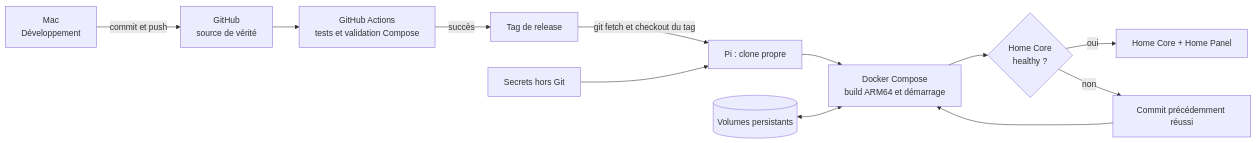
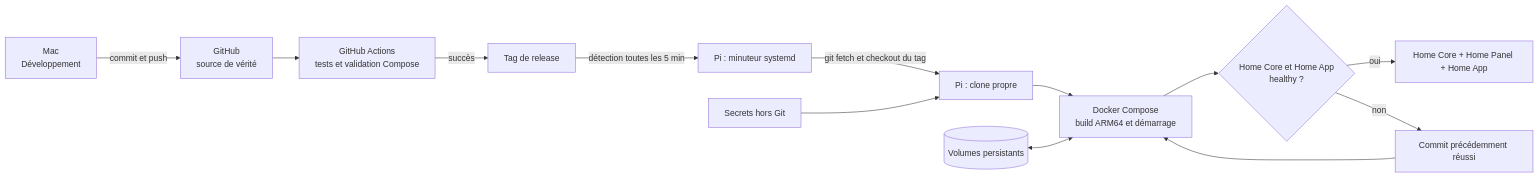
One commit to clementortiz134595/HOME-AI changed the diagram in poles/technique/home-core/diagrammes/deploiement-release-pi.mmd. Above: the diagram before and after it, drawn with Mermaid. The commit also changed 7 other files, not shown here.

```diff
--- a/poles/technique/home-core/diagrammes/deploiement-release-pi.mmd
+++ b/poles/technique/home-core/diagrammes/deploiement-release-pi.mmd
@@ -1,12 +1,13 @@
 flowchart LR
     mac[Mac\nDéveloppement] -->|commit et push| github[GitHub\nsource de vérité]
     github --> ci[GitHub Actions\ntests et validation Compose]
     ci -->|succès| tag[Tag de release]
-    tag -->|git fetch et checkout du tag| pi[Pi : clone propre]
+    tag -->|détection toutes les 5 min| watcher[Pi : minuteur systemd]
+    watcher -->|git fetch et checkout du tag| pi[Pi : clone propre]
     secrets[Secrets hors Git] --> pi
     pi --> compose[Docker Compose\nbuild ARM64 et démarrage]
-    compose --> health{Home Core\nhealthy ?}
-    health -->|oui| running[Home Core + Home Panel]
+    compose --> health{Home Core et Home App\nhealthy ?}
+    health -->|oui| running[Home Core + Home Panel + Home App]
     health -->|non| rollback[Commit précédemment réussi]
     rollback --> compose
     data[(Volumes persistants)] <--> compose
```
